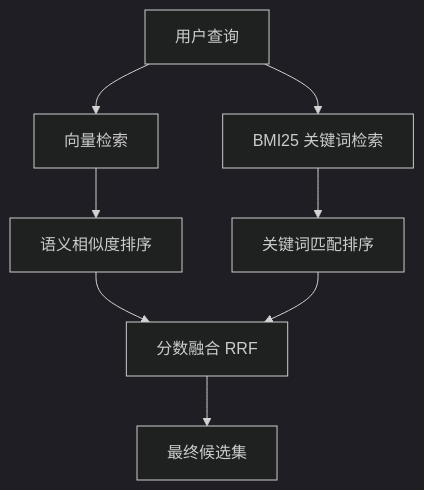
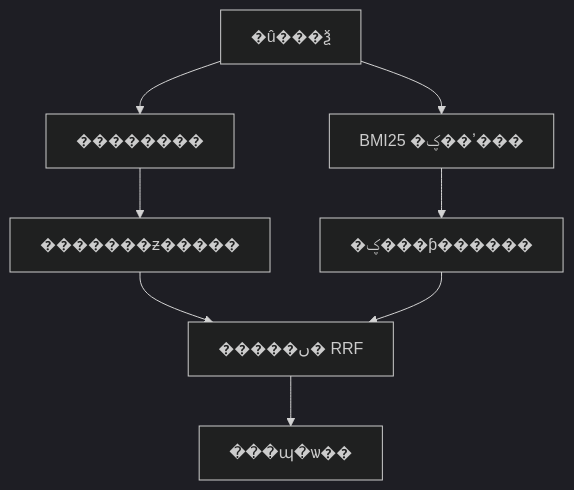
One commit to TimeHunter618/hugo-maid-dev changed the third of 7 diagrams in content/post/ai-interview/RAG召回率低怎么优化.zh-CN.md. Above: the diagram before and after it, drawn with Mermaid (dark theme). The commit also changed other lines of this file and 70 other files, not shown here.

````diff
--- a/content/post/ai-interview/RAG召回率低怎么优化.zh-CN.md
+++ b/content/post/ai-interview/RAG召回率低怎么优化.zh-CN.md
@@ -173,10 +173,10 @@
 ```mermaid
 graph TD
-    A[用户查询] --> B[向量检索]
-    A --> C[BMI25 关键词检索]
-    B --> D[语义相似度排序]
-    C --> E[关键词匹配排序]
-    D --> F[分数融合 RRF]
+    A[�û���ѯ] --> B[��������]
+    A --> C[BMI25 �ؼ��ʼ���]
+    B --> D[�������ƶ�����]
+    C --> E[�ؼ���ƥ������]
+    D --> F[�����ں� RRF]
     E --> F
-    F --> G[最终候选集]
+    F --> G[���պ�ѡ��]
 ```
````
